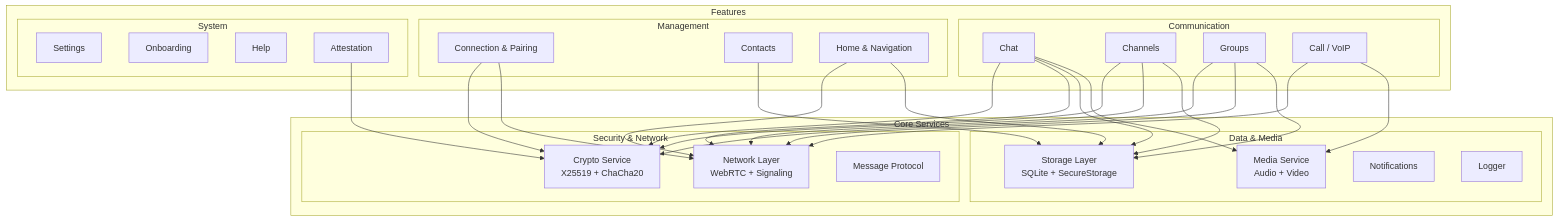
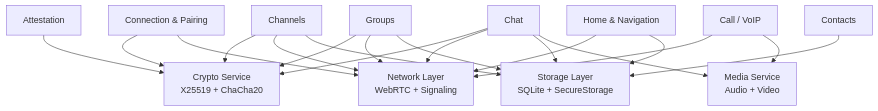
Before and after one commit to Hamza-Labs-Core/zajel: the second of 2 diagrams in packages/wiki/Architecture-Overview.md, drawn with Mermaid. The commit also changed 3 other files, not shown here.

````diff
--- a/packages/wiki/Architecture-Overview.md
+++ b/packages/wiki/Architecture-Overview.md
@@ -69,55 +69,26 @@
 ```mermaid
 graph TD
-    subgraph "Features"
-        subgraph "Communication"
-            CHAT[Chat]
-            CHAN[Channels]
-            GRP[Groups]
-            CALL[Call / VoIP]
-        end
-        subgraph "Management"
-            CONN[Connection & Pairing]
-            CONTACT[Contacts]
-            HOME[Home & Navigation]
-        end
-        subgraph "System"
-            SET[Settings]
-            OB[Onboarding]
-            HELP[Help]
-            ATT[Attestation]
-        end
-    end
-
-    subgraph "Core Services"
-        subgraph "Security & Network"
-            CRYPTO[Crypto Service<br/>X25519 + ChaCha20]
-            NET[Network Layer<br/>WebRTC + Signaling]
-            PROTO[Message Protocol]
-        end
-        subgraph "Data & Media"
-            STORE[Storage Layer<br/>SQLite + SecureStorage]
-            MEDIA[Media Service<br/>Audio + Video]
-            NOTIF[Notifications]
-            LOG[Logger]
-        end
-    end
-
-    CHAT --> CRYPTO
+    CHAT[Chat] --> CRYPTO
     CHAT --> NET
     CHAT --> STORE
     CHAT --> MEDIA
-    CONN --> CRYPTO
-    CONN --> NET
-    CALL --> NET
-    CALL --> MEDIA
-    CHAN --> CRYPTO
+    CHAN[Channels] --> CRYPTO
     CHAN --> NET
     CHAN --> STORE
-    GRP --> CRYPTO
+    GRP[Groups] --> CRYPTO
     GRP --> NET
     GRP --> STORE
-    ATT --> CRYPTO
-    HOME --> NET
+    CALL[Call / VoIP] --> NET
+    CALL --> MEDIA
+    CONN[Connection & Pairing] --> CRYPTO
+    CONN --> NET
+    HOME[Home & Navigation] --> NET
     HOME --> STORE
-    CONTACT --> STORE
+    CONTACT[Contacts] --> STORE
+    ATT[Attestation] --> CRYPTO
+
+    CRYPTO[Crypto Service<br/>X25519 + ChaCha20]
+    NET[Network Layer<br/>WebRTC + Signaling]
+    STORE[Storage Layer<br/>SQLite + SecureStorage]
+    MEDIA[Media Service<br/>Audio + Video]
 ```
````
